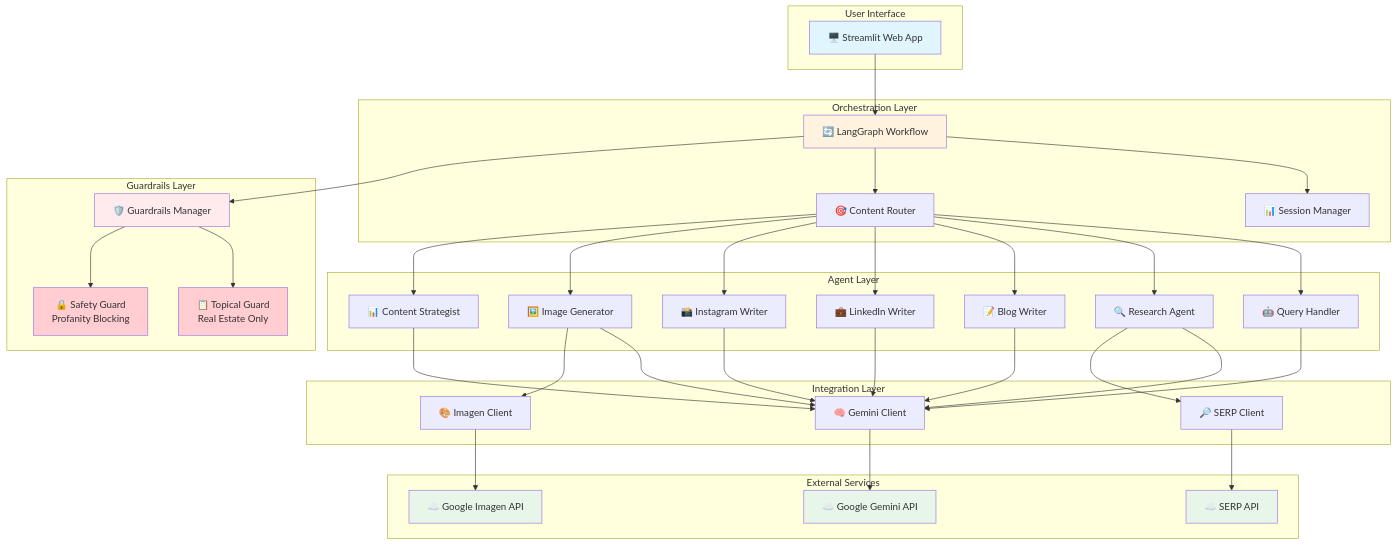
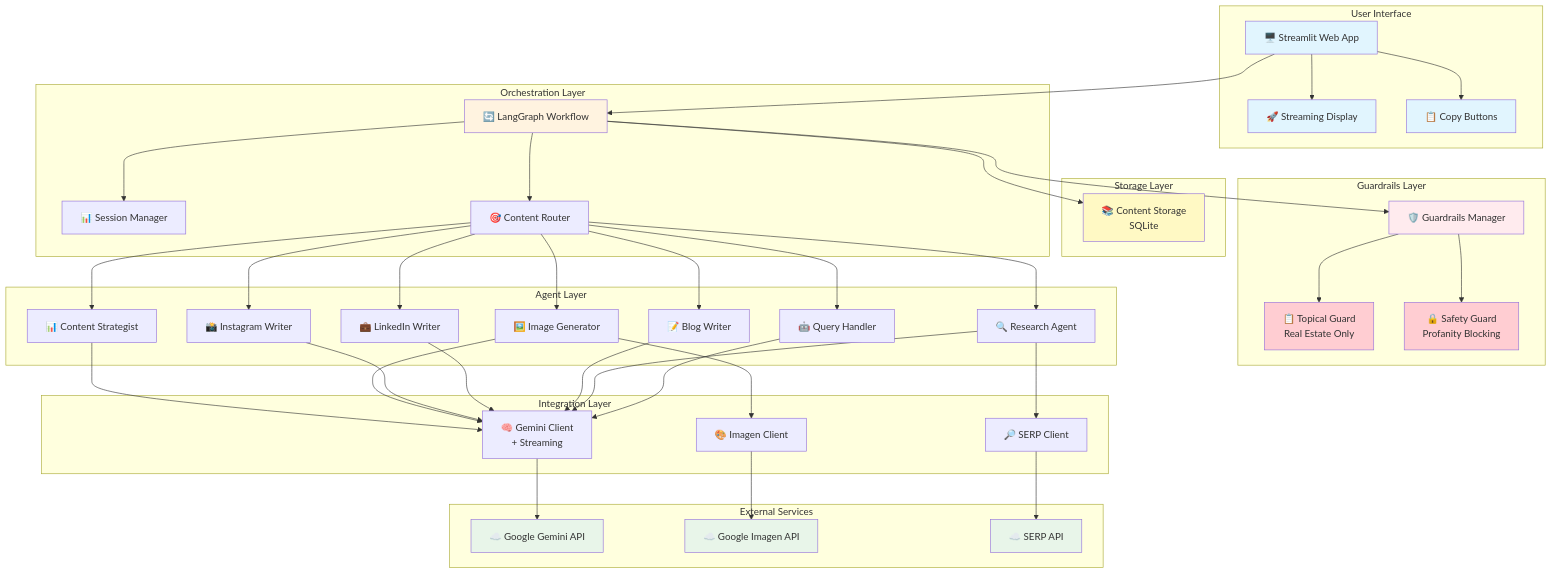
One commit to jayanthanantharaman/reach changed the first of 2 diagrams in README.md. Above: the diagram before and after it, drawn with Mermaid. The commit also changed other lines of this file and 5 other files, not shown here.

Commit message:
REACH - implemented SQLite-based storage for the last 5 generated content items and updated documents

```diff
--- a/README.md
+++ b/README.md
@@ -24,12 +34,18 @@
 graph TB
     subgraph "User Interface"
         UI[🖥️ Streamlit Web App]
+        STREAM[🚀 Streaming Display]
+        COPY[📋 Copy Buttons]
     end
 
     subgraph "Orchestration Layer"
         WF[🔄 LangGraph Workflow]
         SM[📊 Session Manager]
         RT[🎯 Content Router]
+    end
+
+    subgraph "Storage Layer"
+        CS[📚 Content Storage<br/>SQLite]
     end
 
     subgraph "Guardrails Layer"
@@ -45,11 +61,11 @@
         LW[💼 LinkedIn Writer]
         IW[📸 Instagram Writer]
         IG[🖼️ Image Generator]
-        CS[📊 Content Strategist]
+        CST[📊 Content Strategist]
     end
 
     subgraph "Integration Layer"
-        GC[🧠 Gemini Client]
+        GC[🧠 Gemini Client<br/>+ Streaming]
         IC[🎨 Imagen Client]
         SC[🔎 SERP Client]
     end
@@ -61,9 +77,12 @@
     end
 
     UI --> WF
+    UI --> STREAM
+    UI --> COPY
     WF --> SM
     WF --> RT
     WF --> GR
+    WF --> CS
     
     GR --> TG
     GR --> SG
@@ -74,7 +93,7 @@
     RT --> LW
     RT --> IW
     RT --> IG
-    RT --> CS
+    RT --> CST
     
     QH --> GC
     RA --> GC
@@ -84,13 +103,16 @@
     IW --> GC
     IG --> GC
     IG --> IC
-    CS --> GC
+    CST --> GC
     
     GC --> GEMINI
     IC --> IMAGEN
     SC --> SERP
 
     style UI fill:#e1f5fe
+    style STREAM fill:#e1f5fe
+    style COPY fill:#e1f5fe
+    style CS fill:#fff9c4
     style WF fill:#fff3e0
     style GR fill:#ffebee
     style TG fill:#ffcdd2
```
